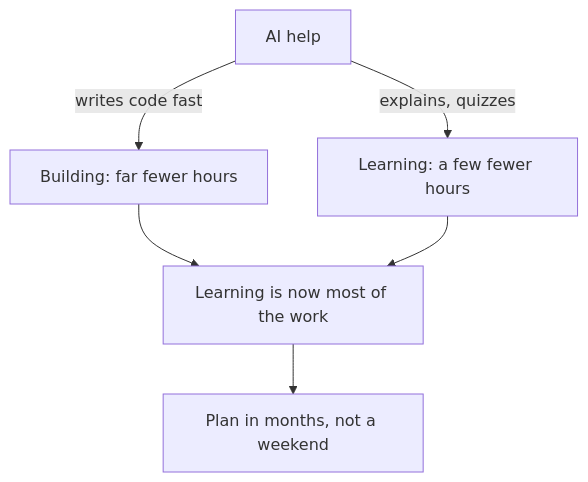
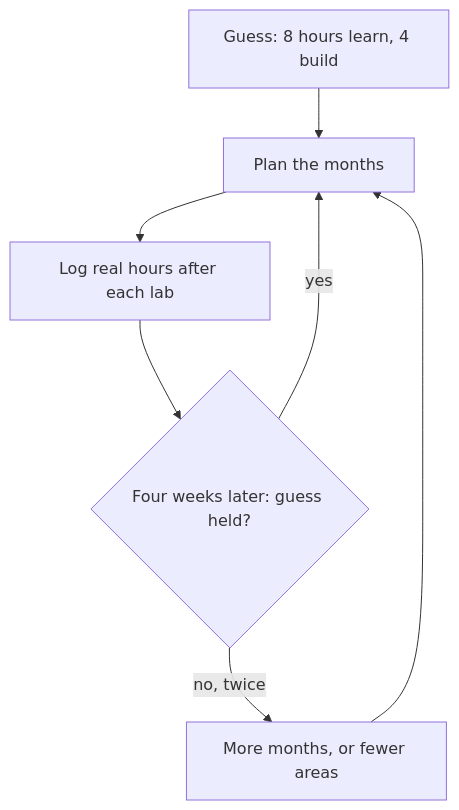
One commit to Muhammad-AnasKhan/Buildment changed the diagram in content/import/build-with-ai/05-a-project-worth-six-months/05.02-why-strong-projects-take-months.md. Above: the diagram before and after it, drawn with Mermaid. The commit also changed other lines of this file and 12 other files, not shown here.

Commit message:
Revise build-with-ai module 5 after G5 round 1: one plan order, the 60 percent sum, AI speed as Yara's assumption

````diff
--- a/content/import/build-with-ai/05-a-project-worth-six-months/05.02-why-strong-projects-take-months.md
+++ b/content/import/build-with-ai/05-a-project-worth-six-months/05.02-why-strong-projects-take-months.md
@@ -32,8 +69,9 @@
 ```mermaid
 flowchart TD
-  A["AI help"] -->|"writes code fast"| B["Building: far fewer hours"]
-  A -->|"explains, quizzes"| C["Learning: a few fewer hours"]
-  B --> D["Learning is now most of the work"]
-  C --> D
-  D --> E["Plan in months, not a weekend"]
+  A["Guess: 8 hours learn, 4 build"] --> B["Plan the months"]
+  B --> C["Log real hours after each lab"]
+  C --> D{"Four weeks later: guess held?"}
+  D -->|"yes"| B
+  D -->|"no, twice"| E["More months, or fewer areas"]
+  E --> B
 ```
````
